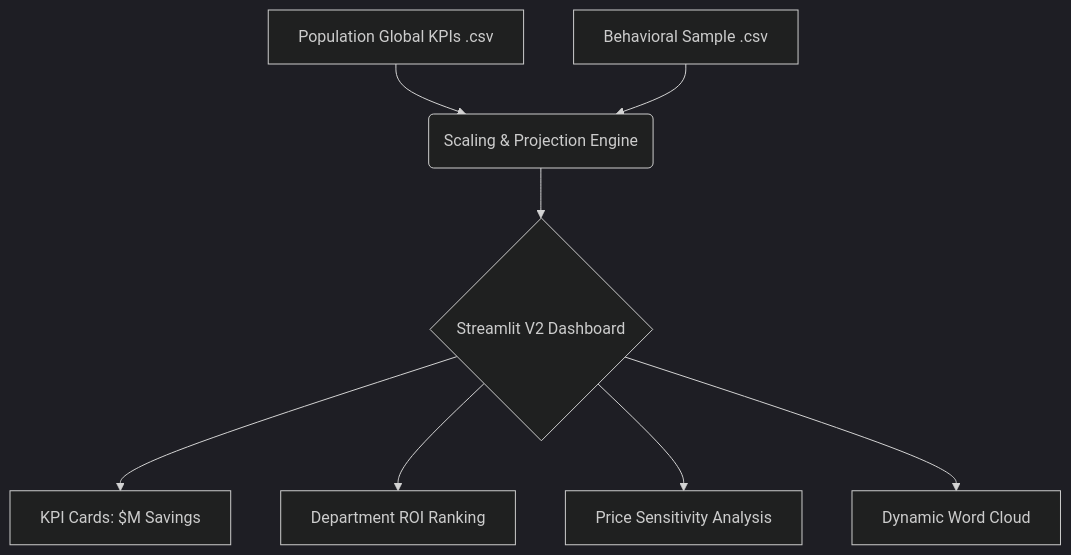
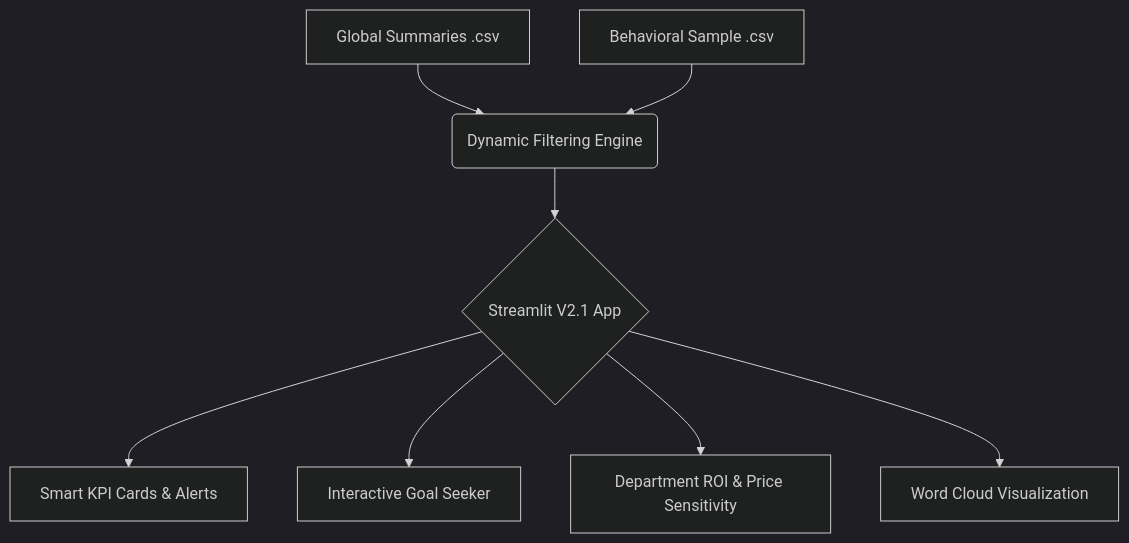
Before and after one commit to Ashishparmar265/Predictive-procurement-dashboard: the diagram in README.md, drawn with Mermaid (dark theme). The commit also changed other lines of this file, not shown here.

Commit message:
Docs: Updated README with V2.1 interactive features and modern methodology

````diff
--- a/README.md
+++ b/README.md
@@ -22,10 +24,10 @@
 ```mermaid
 graph TD
-    A[Population Global KPIs .csv] --> B(Scaling & Projection Engine)
+    A[Global Summaries .csv] --> B(Dynamic Filtering Engine)
     C[Behavioral Sample .csv] --> B
-    B --> D{Streamlit V2 Dashboard}
-    D --> E[KPI Cards: $M Savings]
-    D --> F[Department ROI Ranking]
-    D --> G[Price Sensitivity Analysis]
-    D --> H[Dynamic Word Cloud]
+    B --> D{Streamlit V2.1 App}
+    D --> E[Smart KPI Cards & Alerts]
+    D --> F[Interactive Goal Seeker]
+    D --> G[Department ROI & Price Sensitivity]
+    D --> H[Word Cloud Visualization]
 ```
````
